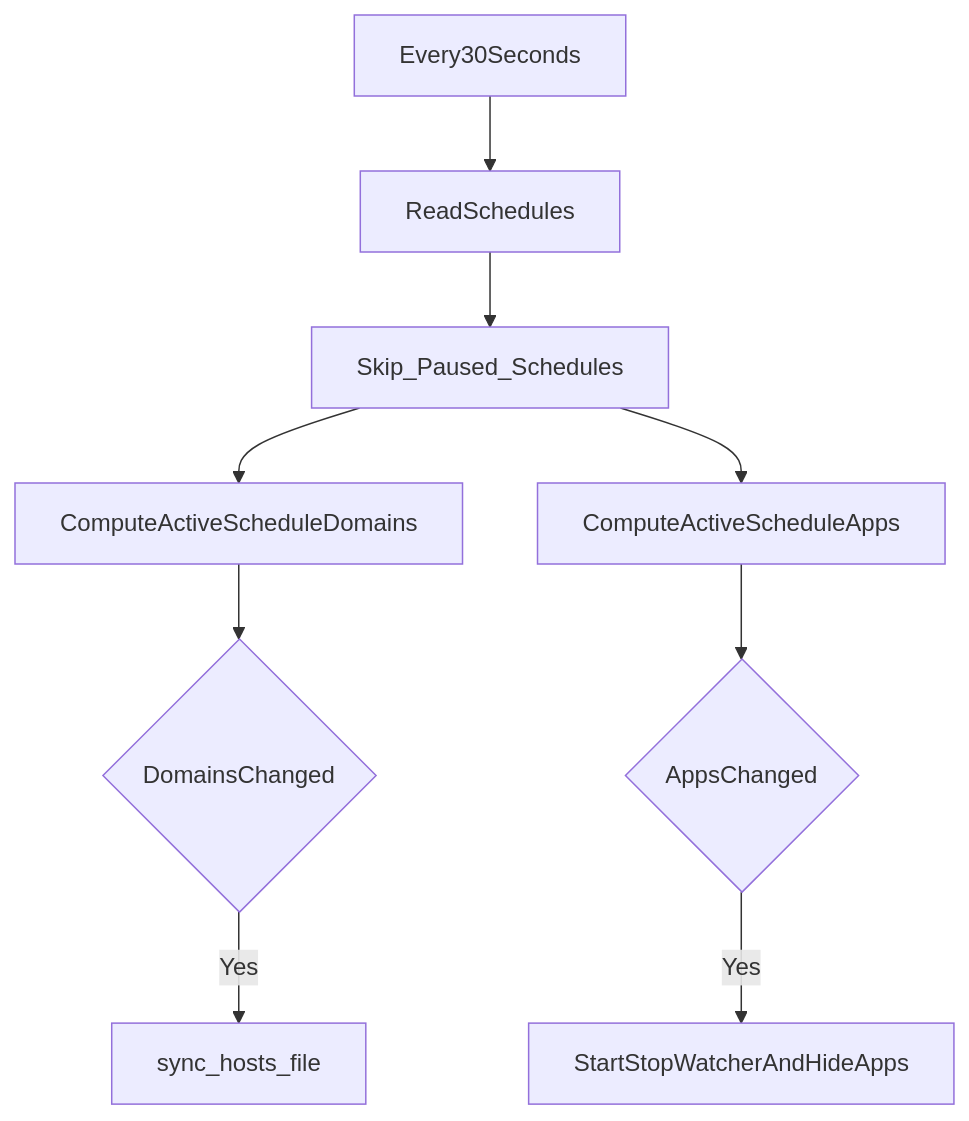
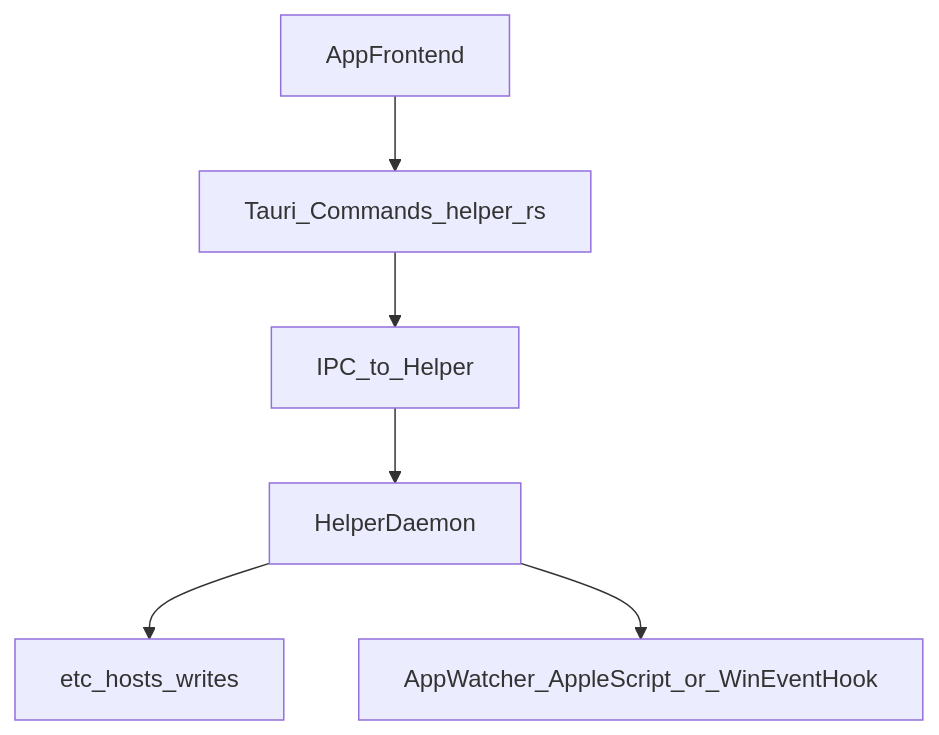
The fourth of 5 diagrams in architecture.md (kasnder/redd-block), drawn with Mermaid before and after one commit. The commit also changed other lines of this file and 7 other files, not shown here.

First line of the commit message:
Release v3.0.0 and rewrite architecture docs for the Automation era.

````diff
--- a/architecture.md
+++ b/architecture.md
@@ -518,11 +623,8 @@
 ```mermaid
 flowchart TD
-    tick30s[Every30Seconds] --> readSched[ReadSchedules]
-    readSched --> pauseFilter[Skip_Paused_Schedules]
-    pauseFilter --> activeDomains[ComputeActiveScheduleDomains]
-    pauseFilter --> activeApps[ComputeActiveScheduleApps]
-    activeDomains --> domainChanged{DomainsChanged}
-    activeApps --> appsChanged{AppsChanged}
-    domainChanged -->|Yes| syncHosts[sync_hosts_file]
-    appsChanged -->|Yes| updateWatcher[StartStopWatcherAndHideApps]
+    ui[AppFrontend] --> tauri[Tauri_Commands_helper_rs]
+    tauri --> ipc[IPC_to_Helper]
+    ipc --> daemon[HelperDaemon]
+    daemon --> hosts[etc_hosts_writes]
+    daemon --> appWatch[AppWatcher_AppleScript_or_WinEventHook]
 ```
````
